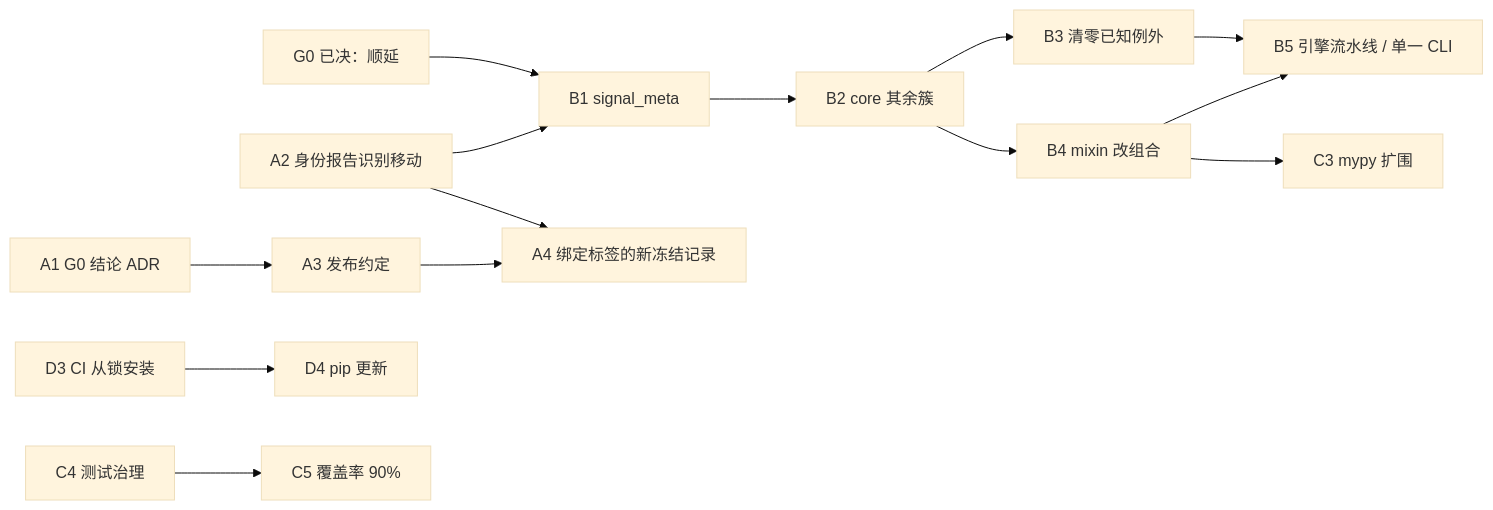
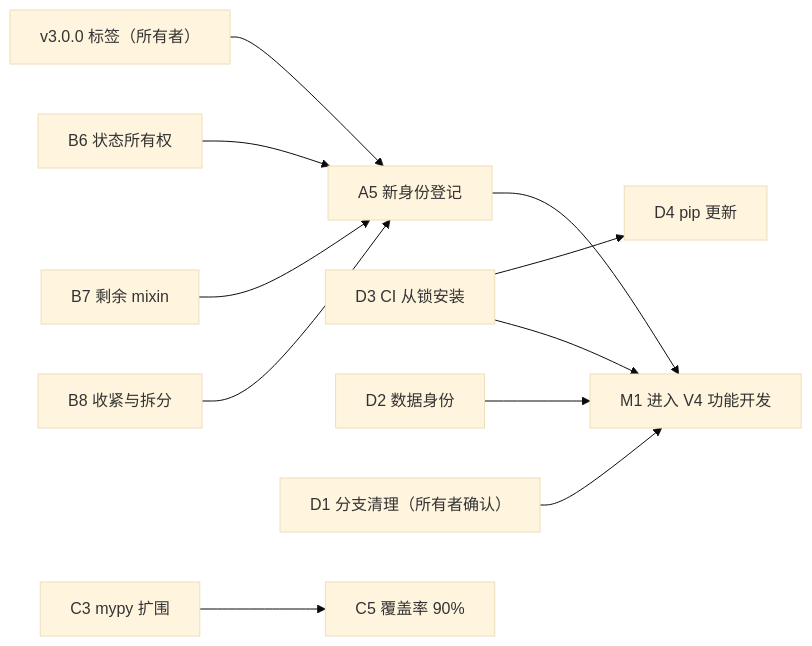
The diagram in docs/infrastructure_roadmap.md (user-nmmmmm/QuantTradingV2), drawn with Mermaid (base theme) before and after one commit. The commit also changed other lines of this file, not shown here.

First line of the commit message:
docs: update the infrastructure roadmap to the current state and hand-off notes

````diff
--- a/docs/infrastructure_roadmap.md
+++ b/docs/infrastructure_roadmap.md
@@ -122,16 +119,13 @@
 ```mermaid
 flowchart LR
-  G0["G0 已决：顺延"] --> B1["B1 signal_meta"]
-  A1["A1 G0 结论 ADR"] --> A3["A3 发布约定"]
-  A2["A2 身份报告识别移动"] --> B1
-  A2 --> A4["A4 绑定标签的新冻结记录"]
-  A3 --> A4
-  B1 --> B2["B2 core 其余簇"]
-  B2 --> B3["B3 清零已知例外"]
-  B2 --> B4["B4 mixin 改组合"]
-  B3 --> B5["B5 引擎流水线 / 单一 CLI"]
-  B4 --> B5
-  B4 --> C3["C3 mypy 扩围"]
+  TAG["v3.0.0 标签（所有者）"] --> A5["A5 新身份登记"]
+  B6["B6 状态所有权"] --> A5
+  B7["B7 剩余 mixin"] --> A5
+  B8["B8 收紧与拆分"] --> A5
   D3["D3 CI 从锁安装"] --> D4["D4 pip 更新"]
-  C4["C4 测试治理"] --> C5["C5 覆盖率 90%"]
+  D2["D2 数据身份"] --> M1["M1 进入 V4 功能开发"]
+  D3 --> M1
+  A5 --> M1
+  D1["D1 分支清理（所有者确认）"] --> M1
+  C3["C3 mypy 扩围"] --> C5["C5 覆盖率 90%"]
 ```
````
